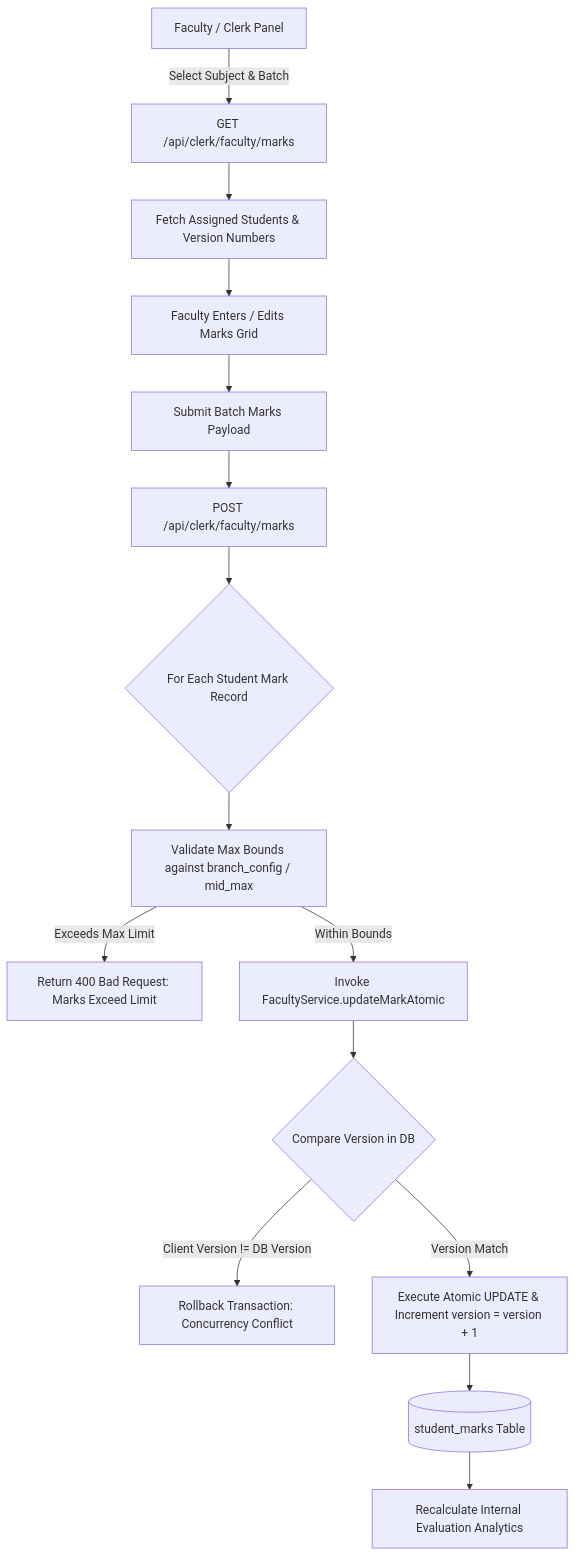
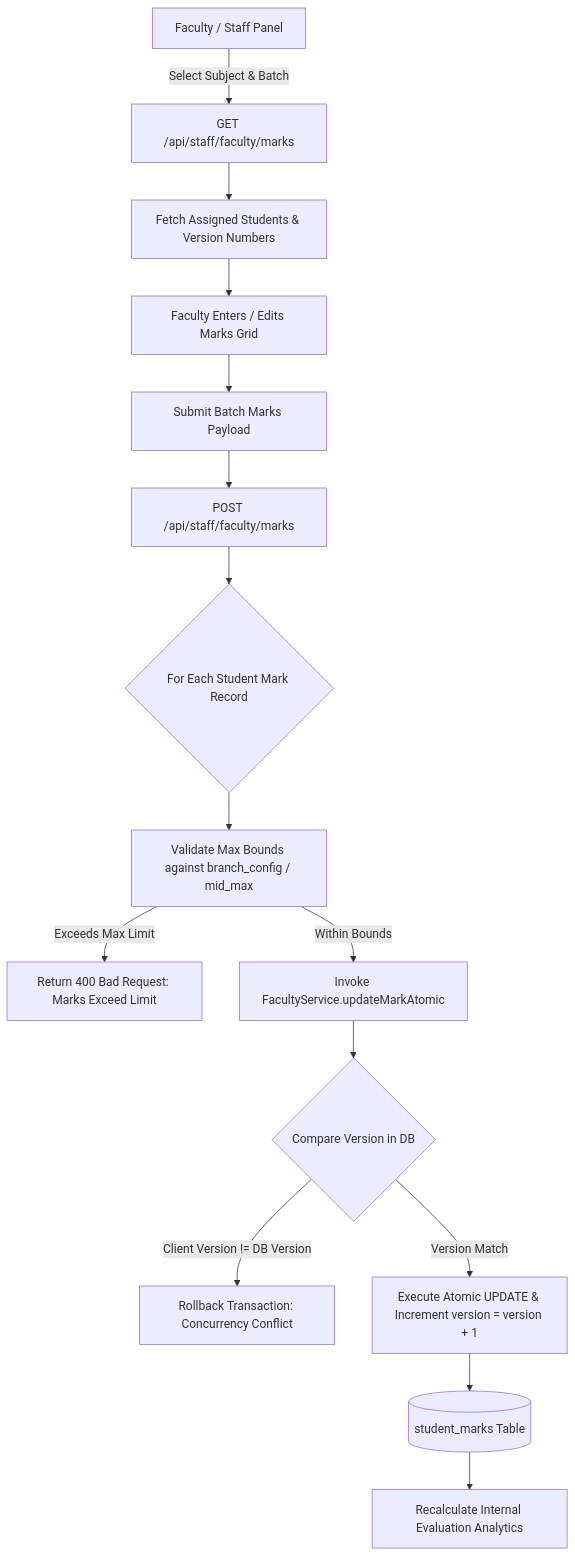
One commit to GouthamA15/KUCET_College_Management_System changed the first of 2 diagrams in DOCUMENTATION/features/examinations.md. Above: the diagram before and after it, drawn with Mermaid. The commit also changed 21 other files, not shown here.

````diff
--- a/DOCUMENTATION/features/examinations.md
+++ b/DOCUMENTATION/features/examinations.md
@@ -9,22 +9,22 @@
 ```mermaid
 flowchart TD
-    A[Faculty / Clerk Panel] -->|Select Subject & Batch| B[GET /api/clerk/faculty/marks]
+    A[Faculty / Staff Panel] -->|Select Subject & Batch| B[GET /api/staff/faculty/marks]
     B --> C[Fetch Assigned Students & Version Numbers]
     
     C --> D[Faculty Enters / Edits Marks Grid]
     D --> E[Submit Batch Marks Payload]
-    E --> F[POST /api/clerk/faculty/marks]
+    E --> F[POST /api/staff/faculty/marks]
     
     F --> G{For Each Student Mark Record}
     G --> H[Validate Max Bounds against branch_config / mid_max]
     
     H -->|Exceeds Max Limit| I[Return 400 Bad Request: Marks Exceed Limit]
     H -->|Within Bounds| J[Invoke FacultyService.updateMarkAtomic]
     
     J --> K{Compare Version in DB}
     K -->|Client Version != DB Version| L[Rollback Transaction: Concurrency Conflict]
     K -->|Version Match| M[Execute Atomic UPDATE & Increment version = version + 1]
     
     M --> N[(student_marks Table)]
     N --> O[Recalculate Internal Evaluation Analytics]
 ```
````
